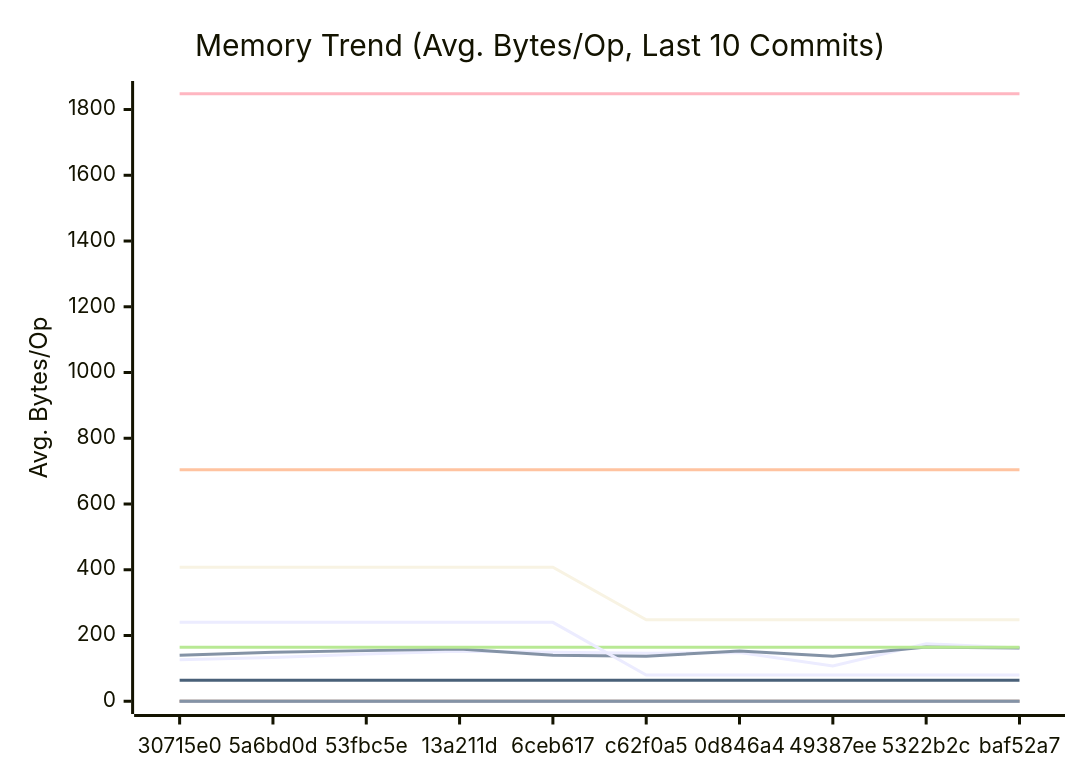
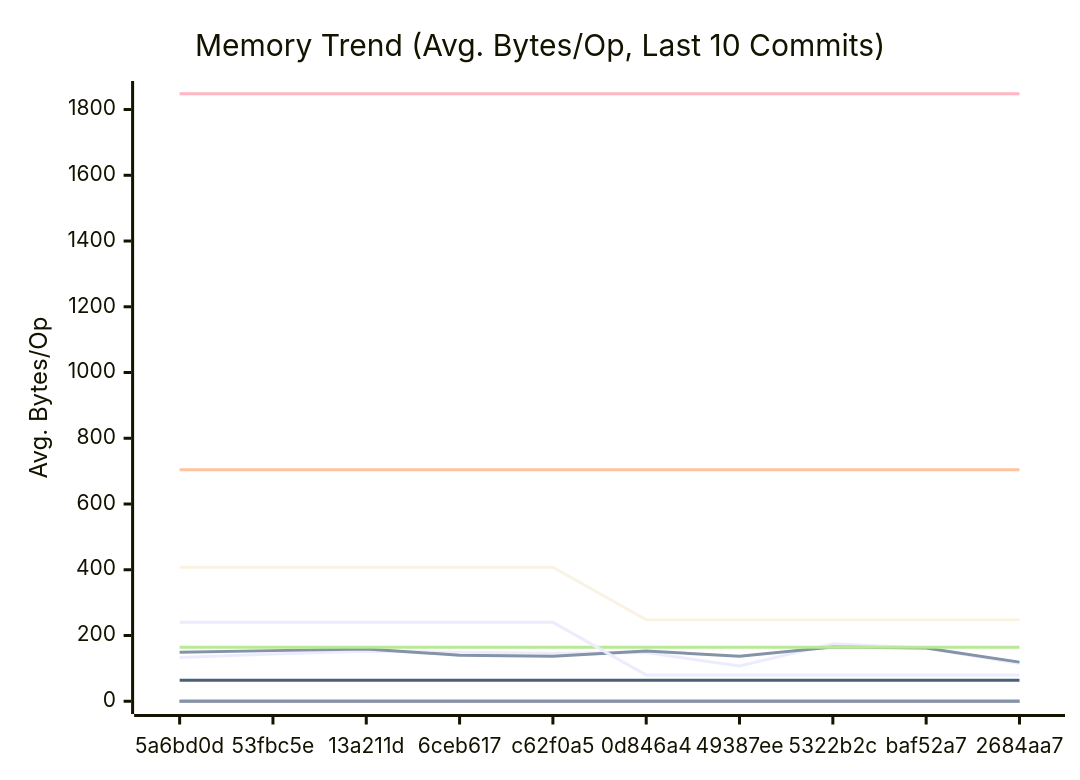
The second of 3 diagrams in docs/PERFORMANCE.md (alsotoes/momo), drawn with Mermaid before and after one commit. The commit also changed other lines of this file and 2 other files, not shown here.

````diff
--- a/docs/PERFORMANCE.md
+++ b/docs/PERFORMANCE.md
@@ -171,20 +171,20 @@
 ```mermaid
 xychart-beta
     title "Memory Trend (Avg. Bytes/Op, Last 10 Commits)"
     x-axis "Commit"
     y-axis "Avg. Bytes/Op"
-    x-axis [30715e0,5a6bd0d,53fbc5e,13a211d,6ceb617,c62f0a5,0d846a4,49387ee,5322b2c,baf52a7]
-    line "AWSChunkedReaderSigned" [126,133,144,152,149,146,148,107,175,162]
-    line "AWSChunkedReaderUnsigned" [140,149,154,159,140,137,153,137,165,162]
+    x-axis [5a6bd0d,53fbc5e,13a211d,6ceb617,c62f0a5,0d846a4,49387ee,5322b2c,baf52a7,2684aa7]
+    line "AWSChunkedReaderSigned" [133,144,152,149,146,148,107,175,162,115]
+    line "AWSChunkedReaderUnsigned" [149,154,159,140,137,153,137,165,162,119]
     line "CheckMetricsAndSwap" [0,0,0,0,0,0,0,0,0,0]
     line "CrushOptimized" [0,0,0,0,0,0,0,0,0,0]
     line "CrushOriginal" [164,164,164,164,164,164,164,164,164,164]
     line "IndexDirectTracking" [0,0,0,0,0,0,0,0,0,0]
     line "IndexSearch" [0,0,0,0,0,0,0,0,0,0]
     line "LoadGlobalConfig" [1848,1848,1848,1848,1848,1848,1848,1848,1848,1848]
     line "PadString" [64,64,64,64,64,64,64,64,64,64]
     line "ParseReplicationOrder_NoPrealloc" [408,408,408,408,408,248,248,248,248,248]
     line "ParseReplicationOrder_Prealloc" [240,240,240,240,240,80,80,80,80,80]
     line "SanitizeLog/Safe" [0,0,0,0,0,0,0,0,0,0]
     line "SanitizeLog/Unsafe" [704,704,704,704,704,704,704,704,704,704]
 ```
````
